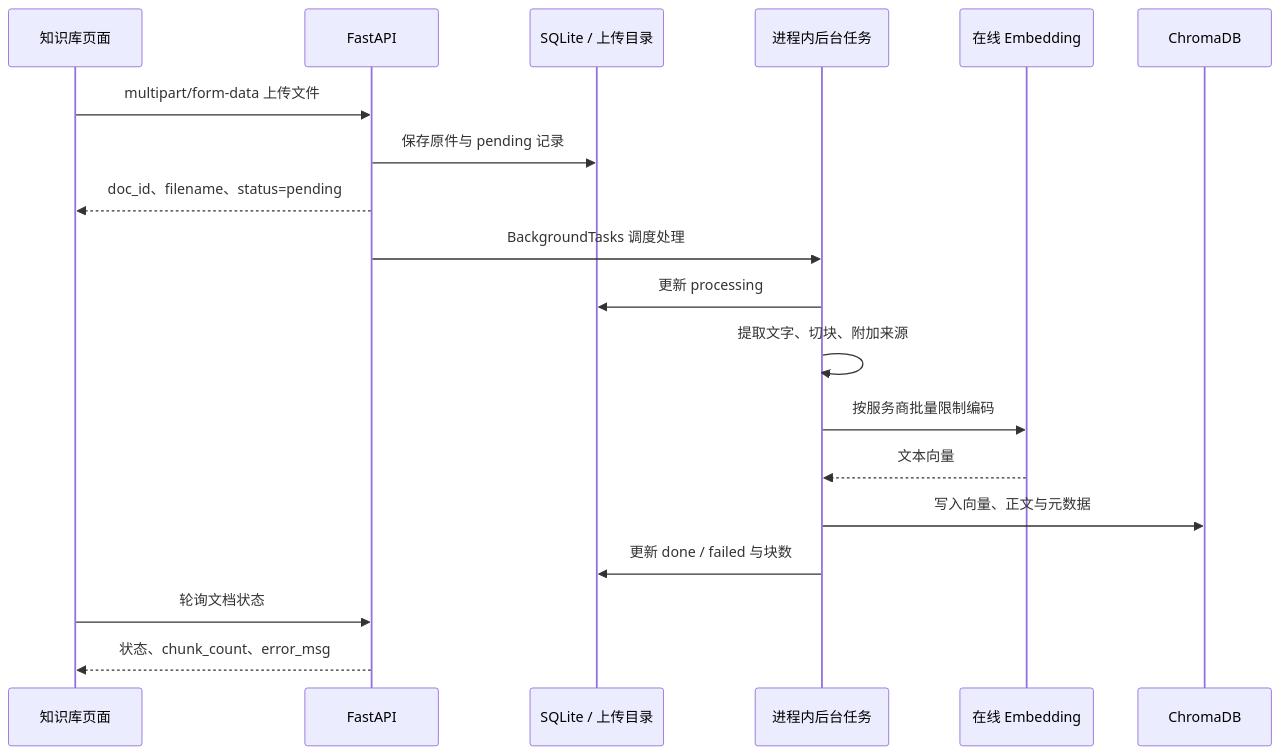
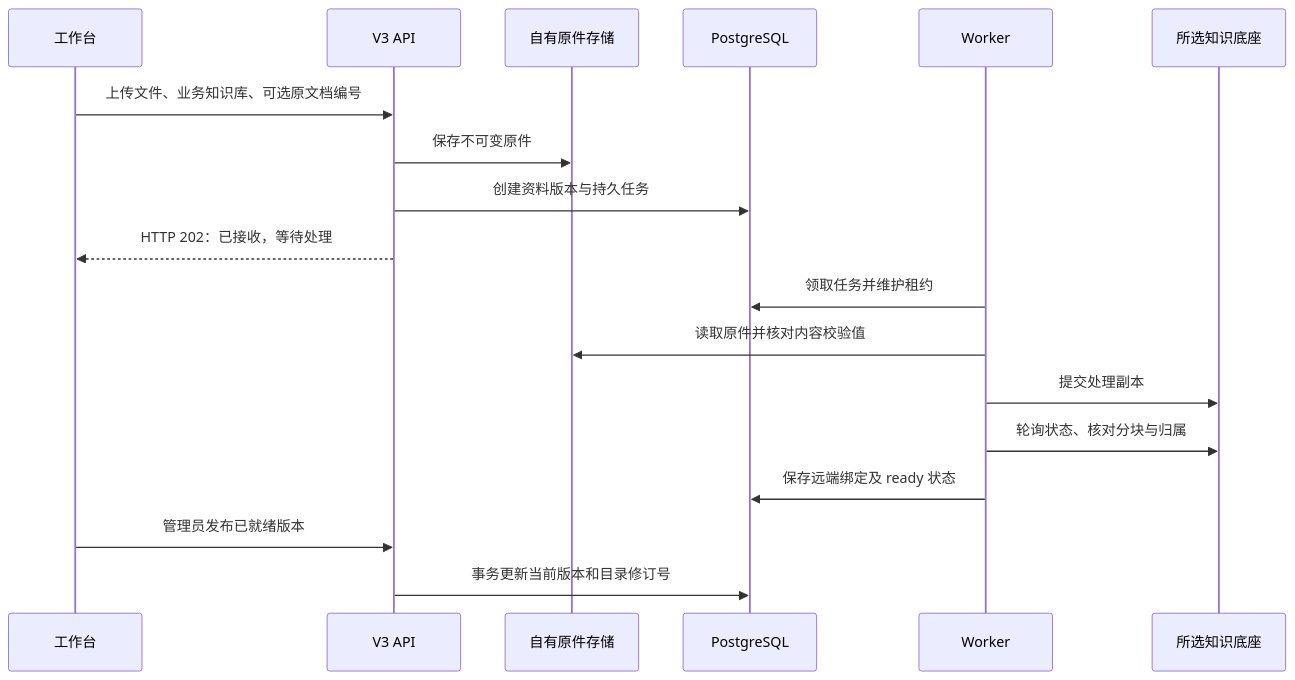
Before and after one commit to tomkluas/EnterpriseRag: the second of 3 diagrams in README.md, drawn with Mermaid. The commit also changed other lines of this file and 254 other files, not shown here.

````diff
--- a/README.md
+++ b/README.md
@@ -168,21 +126,20 @@
 ```mermaid
 sequenceDiagram
-    participant UI as 知识库页面
-    participant API as FastAPI
-    participant Meta as SQLite / 上传目录
-    participant Task as 进程内后台任务
-    participant E as 在线 Embedding
-    participant C as ChromaDB
-    UI->>API: multipart/form-data 上传文件
-    API->>Meta: 保存原件与 pending 记录
-    API-->>UI: doc_id、filename、status=pending
-    API->>Task: BackgroundTasks 调度处理
-    Task->>Meta: 更新 processing
-    Task->>Task: 提取文字、切块、附加来源
-    Task->>E: 按服务商批量限制编码
-    E-->>Task: 文本向量
-    Task->>C: 写入向量、正文与元数据
-    Task->>Meta: 更新 done / failed 与块数
-    UI->>API: 轮询文档状态
-    API-->>UI: 状态、chunk_count、error_msg
+    participant UI as 工作台
+    participant API as V3 API
+    participant Store as 自有原件存储
+    participant DB as PostgreSQL
+    participant W as Worker
+    participant K as 所选知识底座
+    UI->>API: 上传文件、业务知识库、可选原文档编号
+    API->>Store: 保存不可变原件
+    API->>DB: 创建资料版本与持久任务
+    API-->>UI: HTTP 202：已接收，等待处理
+    W->>DB: 领取任务并维护租约
+    W->>Store: 读取原件并核对内容校验值
+    W->>K: 提交处理副本
+    W->>K: 轮询状态、核对分块与归属
+    W->>DB: 保存远端绑定及 ready 状态
+    UI->>API: 管理员发布已就绪版本
+    API->>DB: 事务更新当前版本和目录修订号
 ```
````
